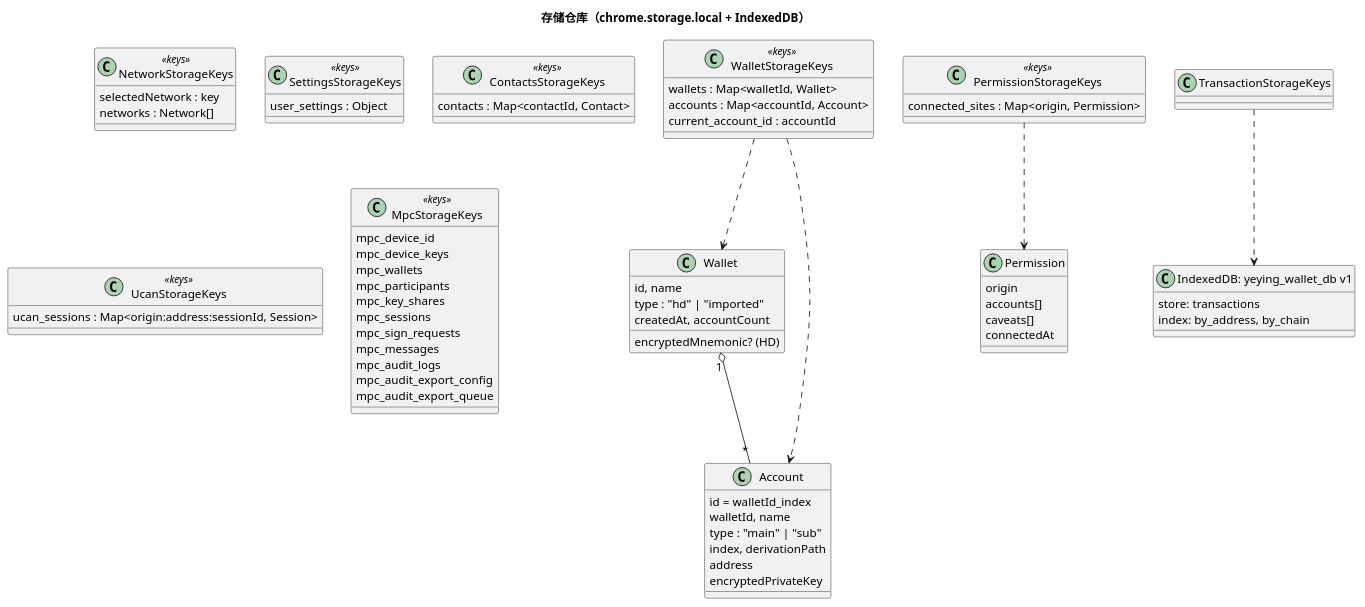
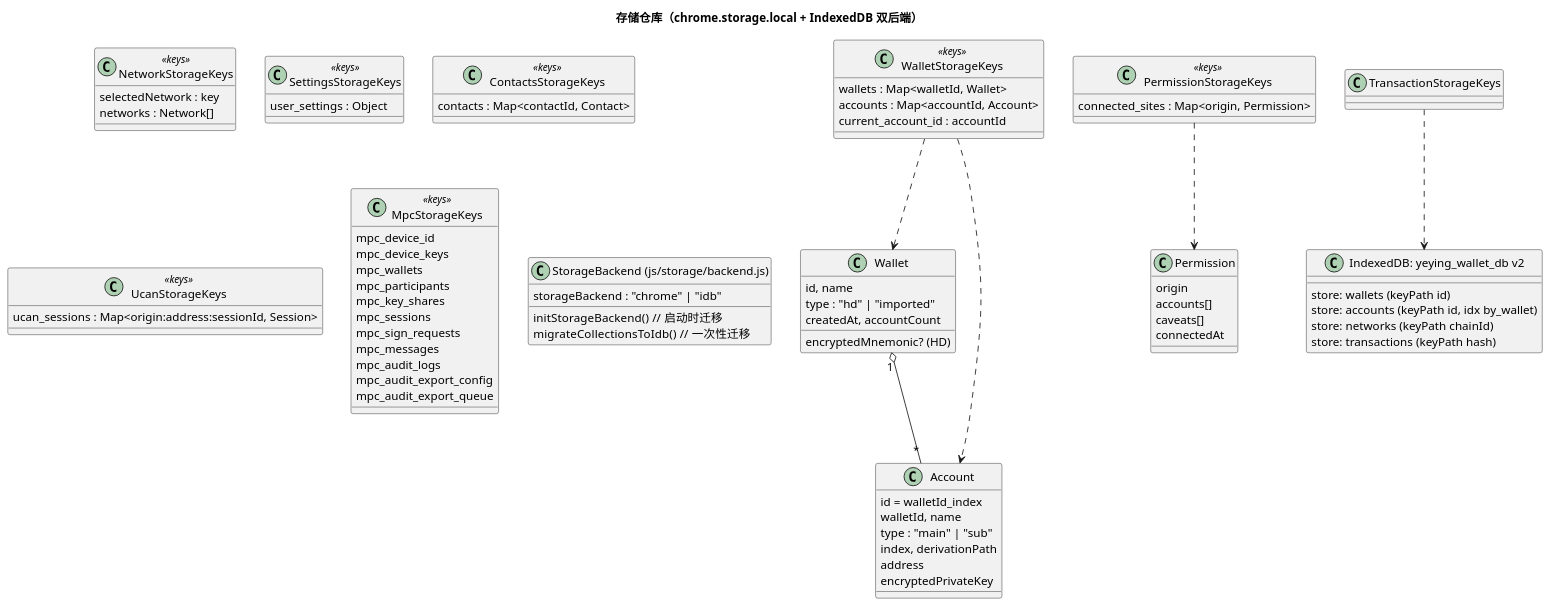
One commit to yeying-community/wallet changed the sixth of 7 diagrams in docs/V1架构基线.md. Above: the diagram before and after it, drawn with PlantUML. The commit also changed other lines of this file and 1 other file, not shown here.

````diff
--- a/docs/V1架构基线.md
+++ b/docs/V1架构基线.md
@@ -312,6 +356,6 @@
 ```plantuml
 @startuml v1-storage
-title 存储仓库（chrome.storage.local + IndexedDB）
+title 存储仓库（chrome.storage.local + IndexedDB 双后端）
 
 class WalletStorageKeys <<keys>> {
   wallets : Map<walletId, Wallet>
@@ -354,9 +398,17 @@
   mpc_audit_export_queue
 }
 
-class "IndexedDB: yeying_wallet_db v1" as IDB {
-  store: transactions
-  index: by_address, by_chain
+class "IndexedDB: yeying_wallet_db v2" as IDB {
+  store: wallets (keyPath id)
+  store: accounts (keyPath id, idx by_wallet)
+  store: networks (keyPath chainId)
+  store: transactions (keyPath hash)
+}
+
+class "StorageBackend (js/storage/backend.js)" as Backend {
+  storageBackend : "chrome" | "idb"
+  initStorageBackend()  // 启动时迁移
+  migrateCollectionsToIdb()  // 一次性迁移
 }
 
 class Wallet {
````
